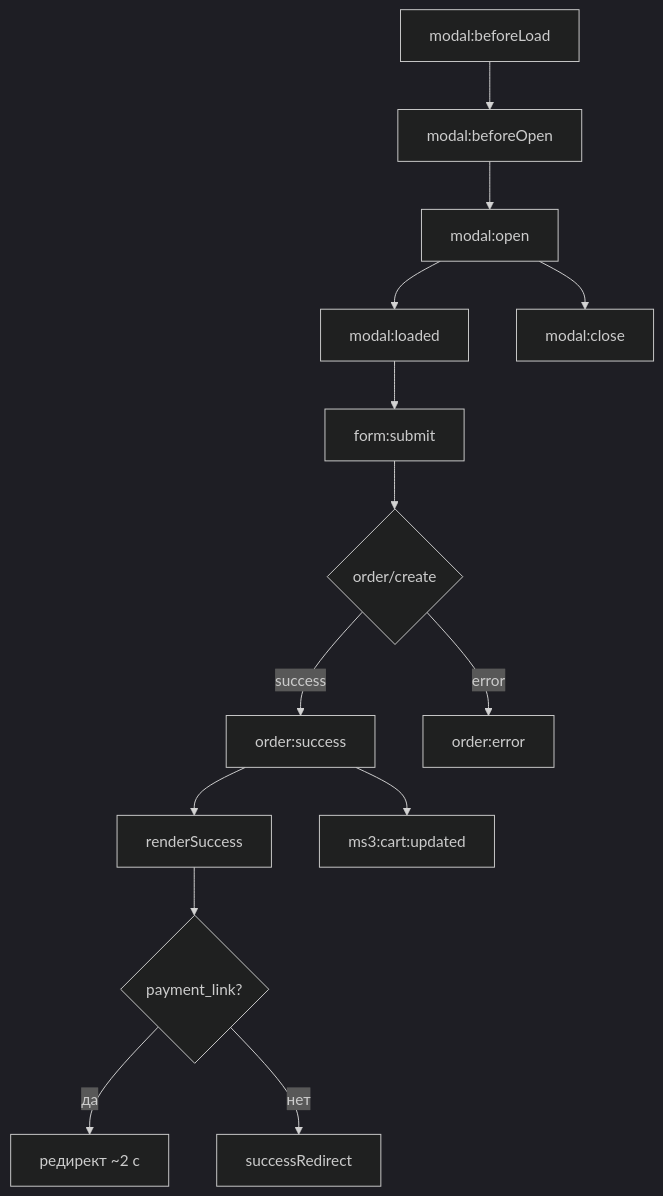
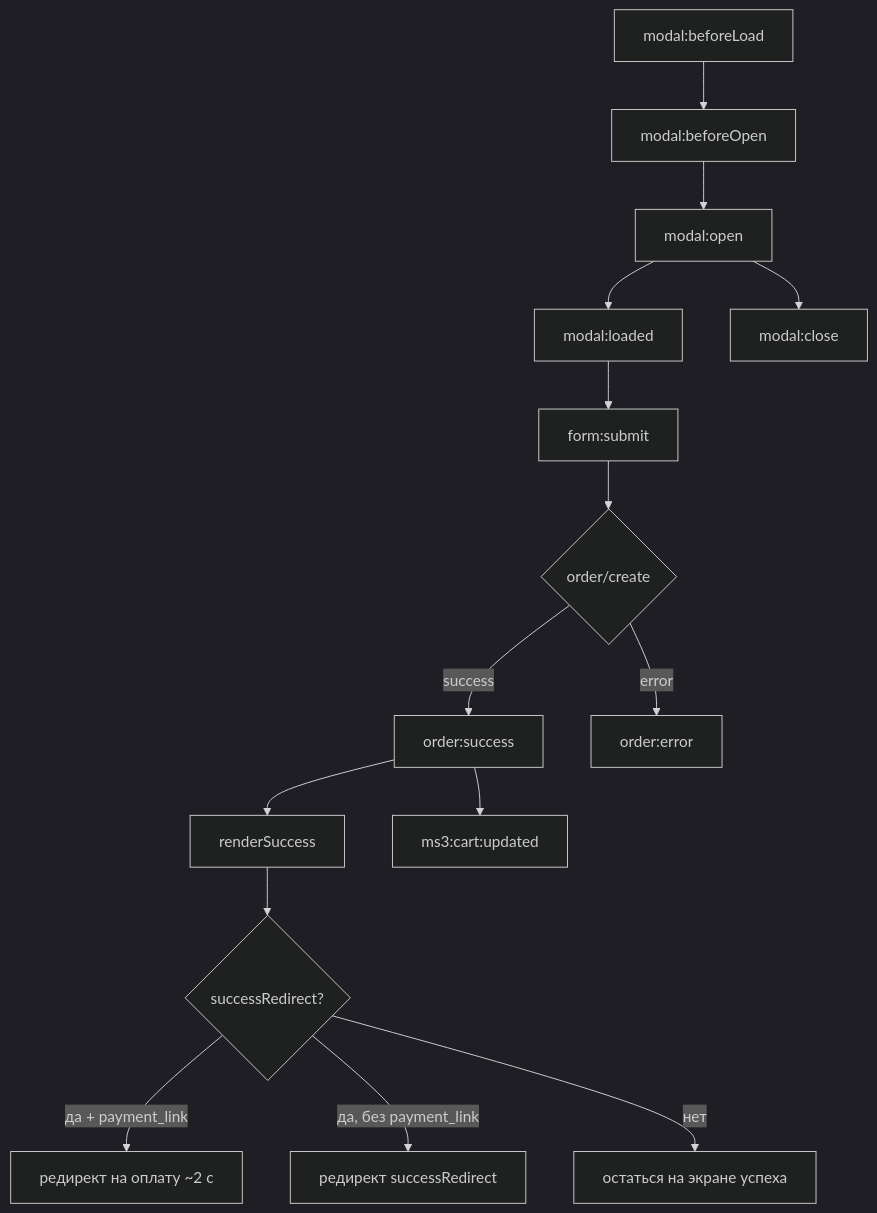
The diagram in docs/components/msfastorder/events.md (modx-pro/Docs), drawn with Mermaid (dark theme) before and after one commit. The commit also changed other lines of this file and 102 other files, not shown here.

````diff
--- a/docs/components/msfastorder/events.md
+++ b/docs/components/msfastorder/events.md
@@ -26,16 +26,17 @@
 ```mermaid
 flowchart TB
   A[modal:beforeLoad] --> B[modal:beforeOpen]
   B --> C[modal:open]
   C --> D[modal:loaded]
   D --> E[form:submit]
   E --> F{order/create}
   F -->|success| G[order:success]
   F -->|error| H[order:error]
   G --> I[renderSuccess]
-  I --> J{payment_link?}
-  J -->|да| K[редирект ~2 с]
-  J -->|нет| L[successRedirect]
-  G --> M[ms3:cart:updated]
+  I --> J{successRedirect?}
+  J -->|да + payment_link| K[редирект на оплату ~2 с]
+  J -->|да, без payment_link| L[редирект successRedirect]
+  J -->|нет| M[остаться на экране успеха]
+  G --> O[ms3:cart:updated]
   C --> N[modal:close]
 ```
````
